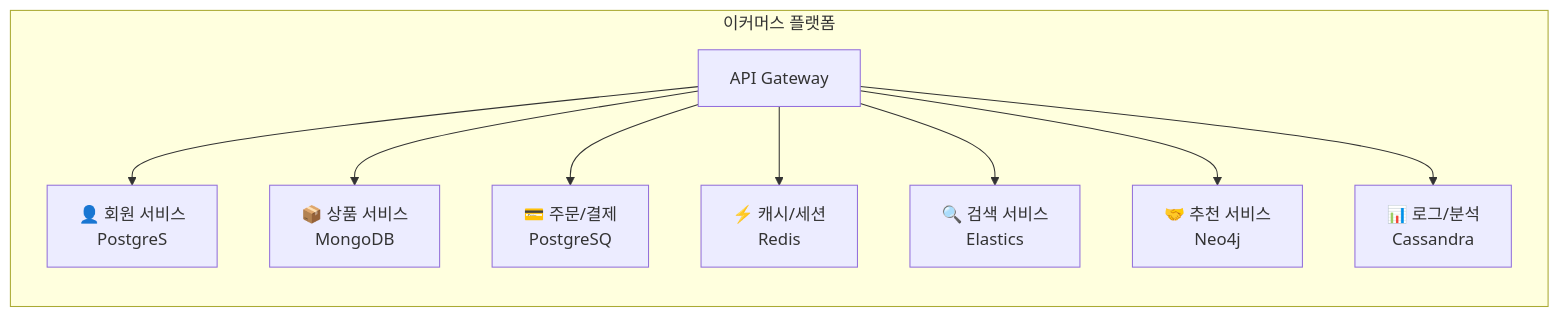
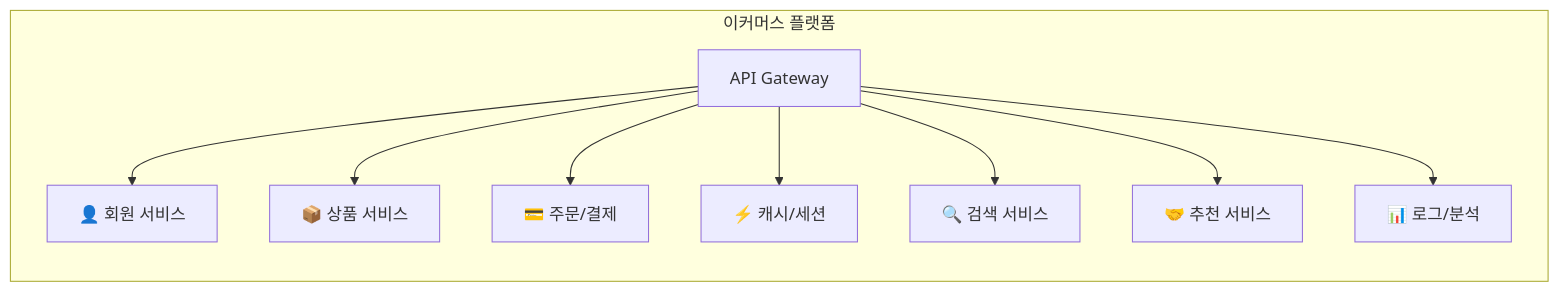
Before and after one commit to yjkim2015/yjkim2015.github.io: the sixth of 7 diagrams in _posts/nosql/2026-05-03-nosql-comparison.md, drawn with Mermaid. The commit also changed other lines of this file and 217 other files, not shown here.

First line of the commit message:
Mermaid 크기 수정: useMaxWidth:true + SVG max-width:100% + 라벨 축소

````diff
--- a/_posts/nosql/2026-05-03-nosql-comparison.md
+++ b/_posts/nosql/2026-05-03-nosql-comparison.md
@@ -250,13 +250,13 @@
 ```mermaid
 flowchart LR
     subgraph "이커머스 플랫폼"
         API["API Gateway"]
-        API --> US["👤 회원 서비스\nPostgreS"]
-        API --> PD["📦 상품 서비스\nMongoDB"]
-        API --> OD["💳 주문/결제\nPostgreSQ"]
-        API --> CA["⚡ 캐시/세션\nRedis"]
-        API --> SR["🔍 검색 서비스\nElastics"]
-        API --> RC["🤝 추천 서비스\nNeo4j"]
-        API --> LG["📊 로그/분석\nCassandra"]
+        API --> US["👤 회원 서비스"]
+        API --> PD["📦 상품 서비스"]
+        API --> OD["💳 주문/결제"]
+        API --> CA["⚡ 캐시/세션"]
+        API --> SR["🔍 검색 서비스"]
+        API --> RC["🤝 추천 서비스"]
+        API --> LG["📊 로그/분석"]
     end
 ```
````
